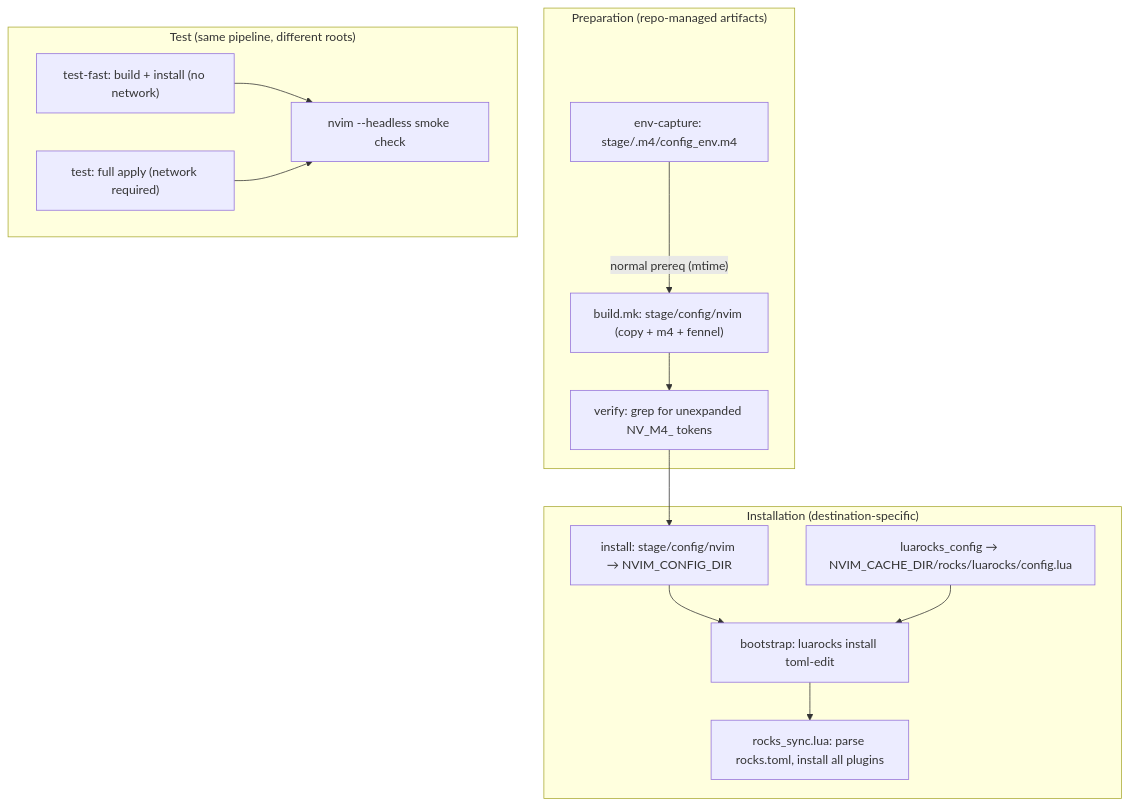
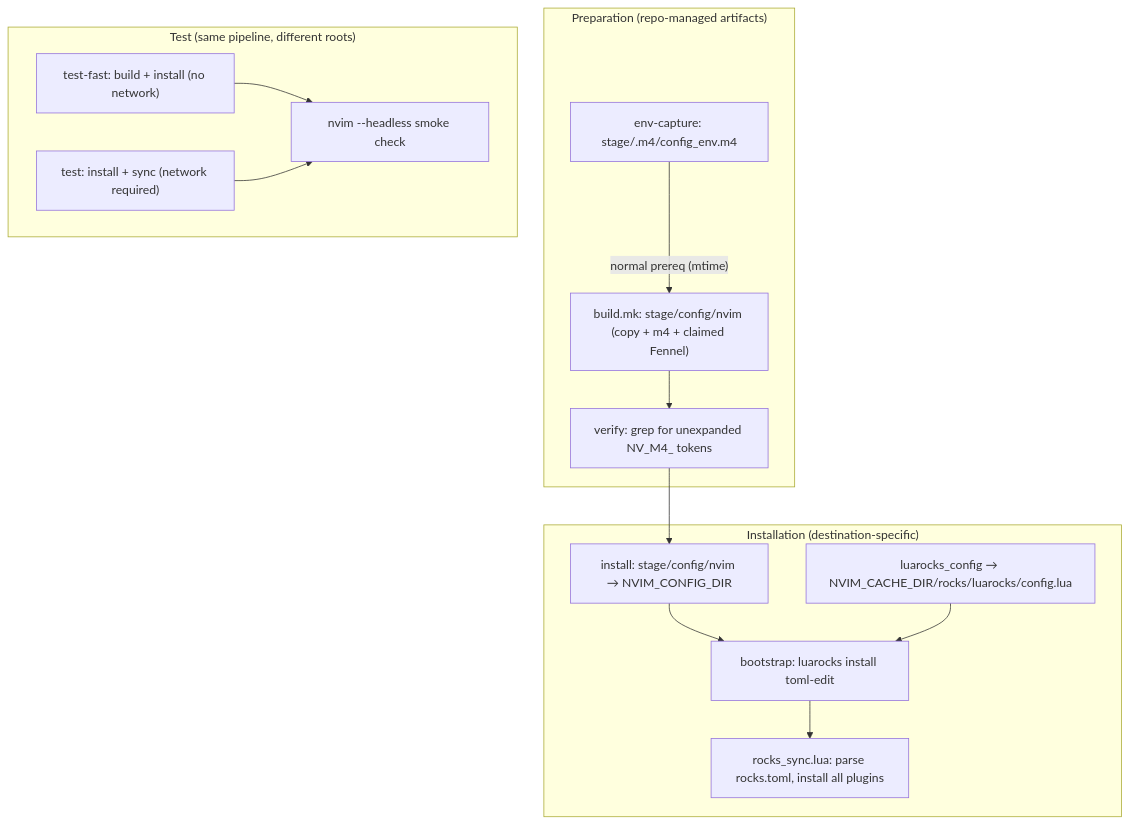
The diagram in design.md (andrewjstryker/nvim), drawn with Mermaid before and after one commit. The commit also changed other lines of this file and 34 other files, not shown here.

````diff
--- a/design.md
+++ b/design.md
@@ -643,27 +644,27 @@
 ```mermaid
 flowchart TD
   subgraph Prep["Preparation (repo-managed artifacts)"]
     E["env-capture: stage/.m4/config_env.m4"]
-    E -->|"normal prereq (mtime)"| B["build.mk: stage/config/nvim (copy + m4 + fennel)"]
+    E -->|"normal prereq (mtime)"| B["build.mk: stage/config/nvim (copy + m4 + claimed Fennel)"]
     B --> V["verify: grep for unexpanded NV_M4_ tokens"]
   end
 
   subgraph Install["Installation (destination-specific)"]
     I["install: stage/config/nvim → NVIM_CONFIG_DIR"]
     LR["luarocks_config → NVIM_CACHE_DIR/rocks/luarocks/config.lua"]
     BT["bootstrap: luarocks install toml-edit"]
     SY["rocks_sync.lua: parse rocks.toml, install all plugins"]
     I --> BT
     LR --> BT
     BT --> SY
   end
 
   V --> I
 
   subgraph Test["Test (same pipeline, different roots)"]
     TF["test-fast: build + install (no network)"]
-    T["test: full apply (network required)"]
+    T["test: install + sync (network required)"]
     TF --> TS["nvim --headless smoke check"]
     T --> TS
   end
 ```
````
